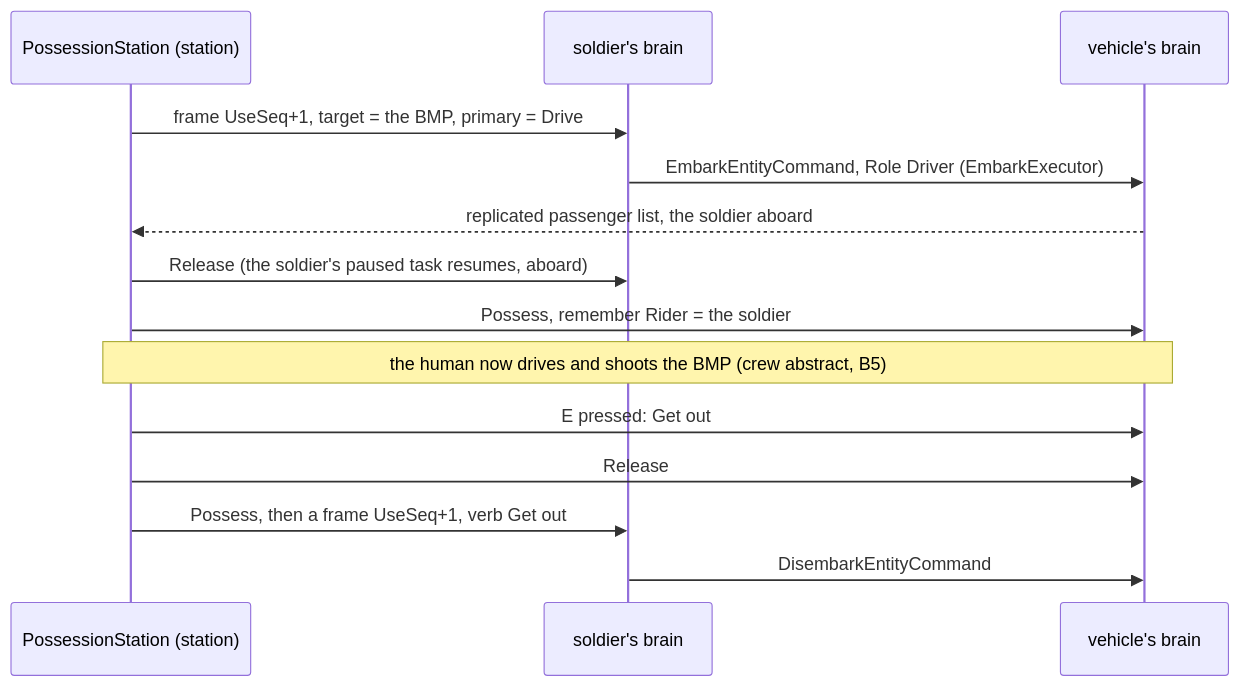
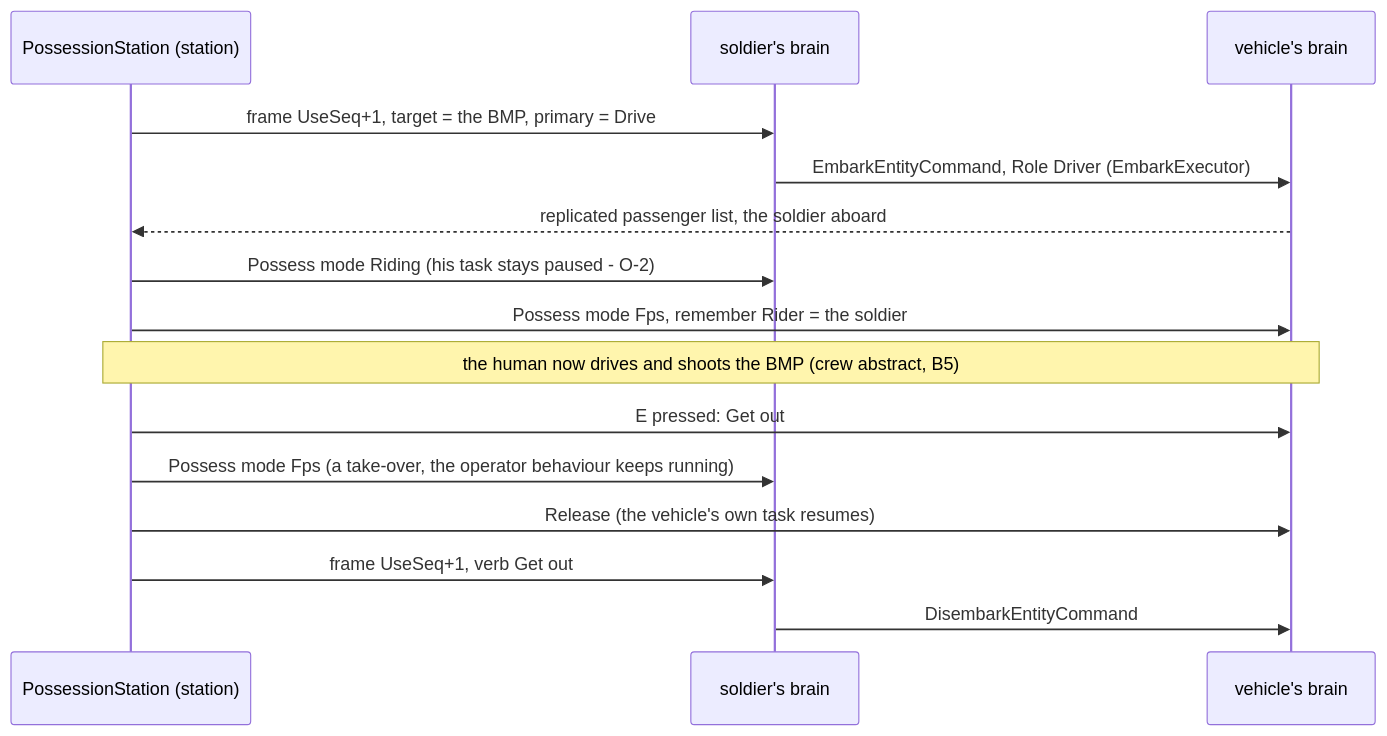
Before and after one commit to pjanec/HROT: diagram 26 of 32 in docs/DESIGN_Entity_Control.md, drawn with Mermaid. The commit also changed other lines of this file and 1 other file, not shown here.

````diff
--- a/docs/DESIGN_Entity_Control.md
+++ b/docs/DESIGN_Entity_Control.md
@@ -1015,16 +1025,17 @@
 ```mermaid
 sequenceDiagram
     participant D as PossessionStation (station)
     participant S as soldier's brain
     participant V as vehicle's brain
     D->>S: frame UseSeq+1, target = the BMP, primary = Drive
     S->>V: EmbarkEntityCommand, Role Driver (EmbarkExecutor)
     V-->>D: replicated passenger list, the soldier aboard
-    D->>S: Release (the soldier's paused task resumes, aboard)
-    D->>V: Possess, remember Rider = the soldier
+    D->>S: Possess mode Riding (his task stays paused - O-2)
+    D->>V: Possess mode Fps, remember Rider = the soldier
     Note over D,V: the human now drives and shoots the BMP (crew abstract, B5)
     D->>V: E pressed: Get out
-    D->>V: Release
-    D->>S: Possess, then a frame UseSeq+1, verb Get out
+    D->>S: Possess mode Fps (a take-over, the operator behaviour keeps running)
+    D->>V: Release (the vehicle's own task resumes)
+    D->>S: frame UseSeq+1, verb Get out
     S->>V: DisembarkEntityCommand
 ```
````
